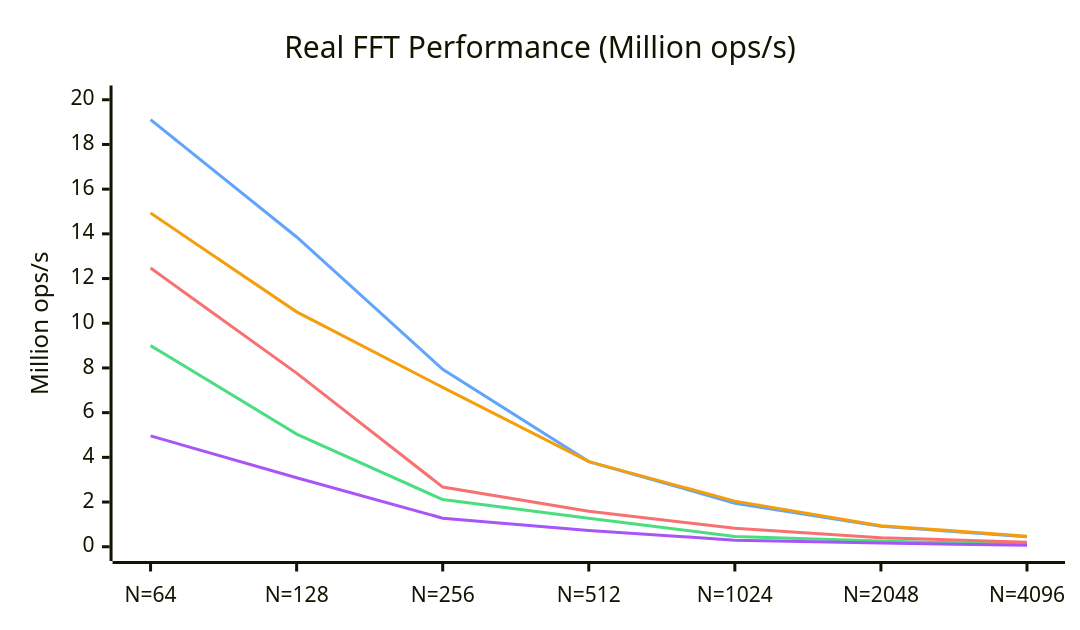
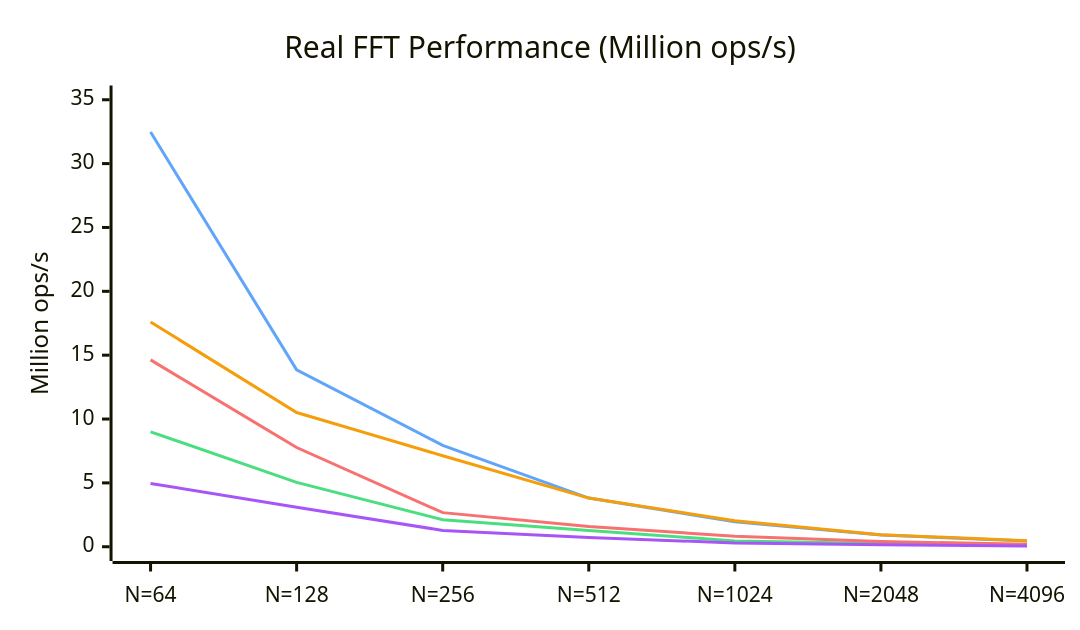
Before and after one commit to EmNudge/wat-fft: the second of 2 diagrams in README.md, drawn with Mermaid. The commit also changed other lines of this file and 3 other files, not shown here.

````diff
--- a/README.md
+++ b/README.md
@@ -69,20 +69,20 @@
 ```mermaid
 ---
 config:
     xyChart:
         width: 700
         height: 400
     themeVariables:
         xyChart:
             plotColorPalette: "#4ade80, #60a5fa, #f87171, #f59e0b, #a855f7"
 ---
 xychart-beta
     title "Real FFT Performance (Million ops/s)"
     x-axis [N=64, N=128, N=256, N=512, N=1024, N=2048, N=4096]
-    y-axis "Million ops/s" 0 --> 20
+    y-axis "Million ops/s" 0 --> 35
     line [9.00, 5.04, 2.11, 1.28, 0.456, 0.262, 0.099]
-    line [19.11, 13.86, 7.94, 3.81, 1.95, 0.914, 0.452]
-    line [12.47, 7.77, 2.67, 1.59, 0.824, 0.407, 0.197]
-    line [14.93, 10.51, 7.13, 3.81, 2.04, 0.941, 0.474]
+    line [32.47, 13.86, 7.94, 3.81, 1.95, 0.914, 0.452]
+    line [14.63, 7.77, 2.67, 1.59, 0.824, 0.407, 0.197]
+    line [17.60, 10.51, 7.13, 3.81, 2.04, 0.941, 0.474]
     line [4.96, 3.09, 1.28, 0.732, 0.293, 0.163, 0.066]
 ```
````
